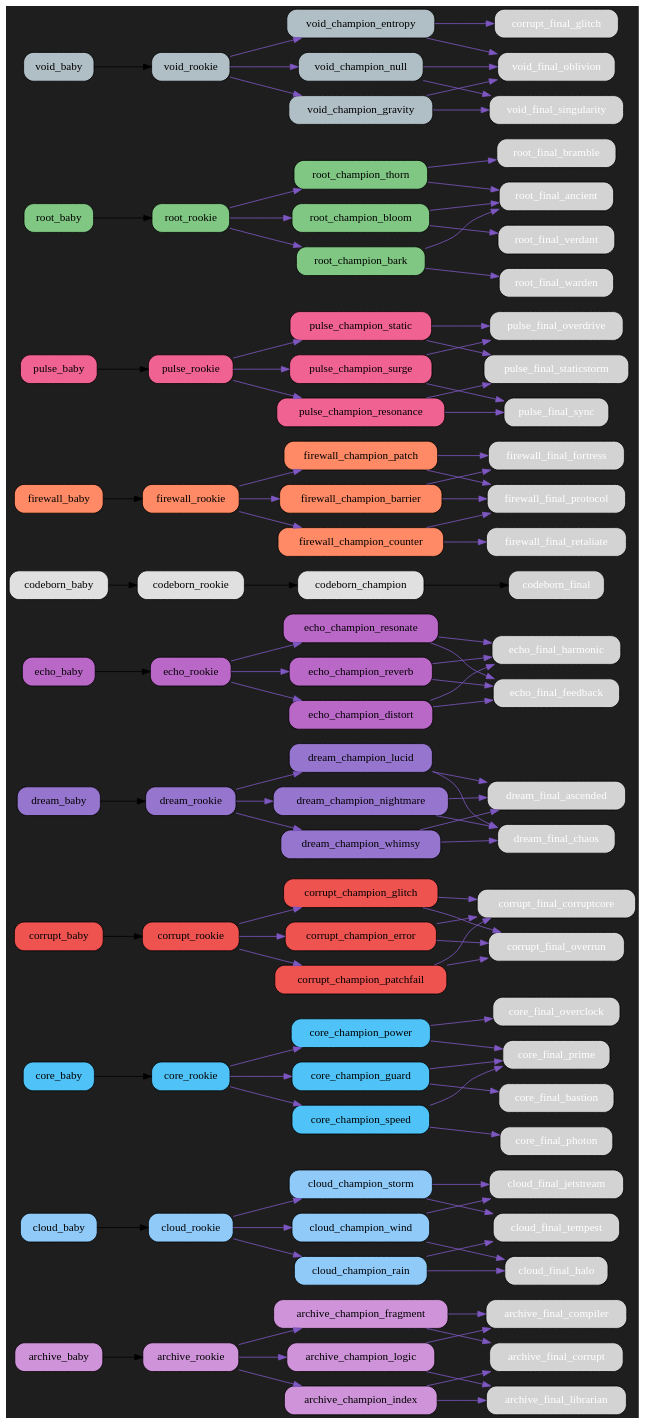
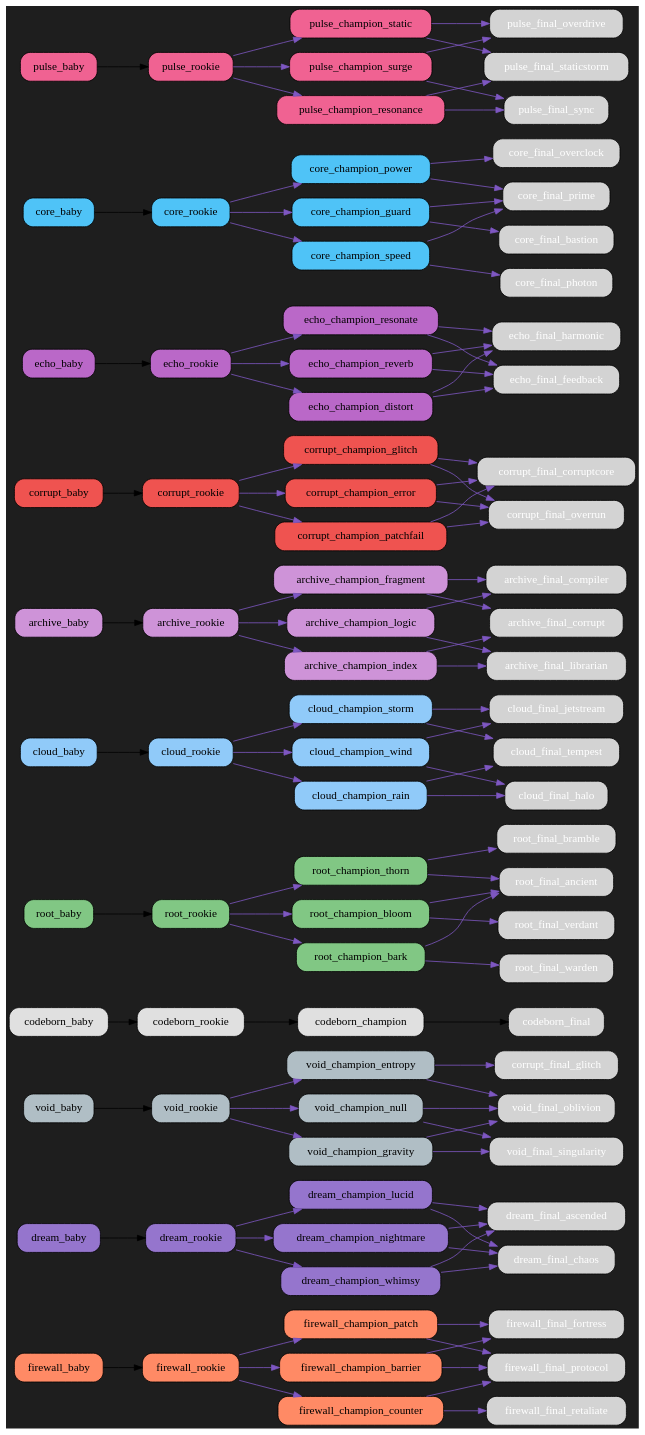
Before and after one commit to bwlight/NetGrid: the diagram in src/netgrid/core/systems/evolution/graphs/dark/evolution_graph_dark.dot, drawn with Graphviz. The commit also changed other lines of this file and 30 other files, not shown here.

Commit message:
Auto-update evolution graphs

```diff
--- a/src/netgrid/core/systems/evolution/graphs/dark/evolution_graph_dark.dot
+++ b/src/netgrid/core/systems/evolution/graphs/dark/evolution_graph_dark.dot
@@ -2,6 +2,87 @@
   rankdir=LR;
   bgcolor="#1e1e1e";
   node [shape=box, style="rounded,filled", fontcolor="white"];
+  "firewall_baby" [fillcolor="#ff8a65", fontcolor="black"];
+  "firewall_baby" -> "firewall_rookie";
+  "firewall_rookie" [fillcolor="#ff8a65", fontcolor="black"];
+  "firewall_rookie" -> "firewall_champion_barrier" [color="#7e57c2"];
+  "firewall_rookie" -> "firewall_champion_counter" [color="#7e57c2"];
+  "firewall_rookie" -> "firewall_champion_patch" [color="#7e57c2"];
+  "firewall_champion_barrier" [fillcolor="#ff8a65", fontcolor="black"];
+  "firewall_champion_barrier" -> "firewall_final_fortress" [color="#7e57c2"];
+  "firewall_champion_barrier" -> "firewall_final_protocol" [color="#7e57c2"];
+  "firewall_champion_counter" [fillcolor="#ff8a65", fontcolor="black"];
+  "firewall_champion_counter" -> "firewall_final_retaliate" [color="#7e57c2"];
+  "firewall_champion_counter" -> "firewall_final_protocol" [color="#7e57c2"];
+  "firewall_champion_patch" [fillcolor="#ff8a65", fontcolor="black"];
+  "firewall_champion_patch" -> "firewall_final_protocol" [color="#7e57c2"];
+  "firewall_champion_patch" -> "firewall_final_fortress" [color="#7e57c2"];
+  "dream_baby" [fillcolor="#9575cd", fontcolor="black"];
+  "dream_baby" -> "dream_rookie";
+  "dream_rookie" [fillcolor="#9575cd", fontcolor="black"];
+  "dream_rookie" -> "dream_champion_lucid" [color="#7e57c2"];
+  "dream_rookie" -> "dream_champion_nightmare" [color="#7e57c2"];
+  "dream_rookie" -> "dream_champion_whimsy" [color="#7e57c2"];
+  "dream_champion_lucid" [fillcolor="#9575cd", fontcolor="black"];
+  "dream_champion_lucid" -> "dream_final_ascended" [color="#7e57c2"];
+  "dream_champion_lucid" -> "dream_final_chaos" [color="#7e57c2"];
+  "dream_champion_nightmare" [fillcolor="#9575cd", fontcolor="black"];
+  "dream_champion_nightmare" -> "dream_final_chaos" [color="#7e57c2"];
+  "dream_champion_nightmare" -> "dream_final_ascended" [color="#7e57c2"];
+  "dream_champion_whimsy" [fillcolor="#9575cd", fontcolor="black"];
+  "dream_champion_whimsy" -> "dream_final_ascended" [color="#7e57c2"];
+  "dream_champion_whimsy" -> "dream_final_chaos" [color="#7e57c2"];
+  "void_baby" [fillcolor="#b0bec5", fontcolor="black"];
+  "void_baby" -> "void_rookie";
+  "void_rookie" [fillcolor="#b0bec5", fontcolor="black"];
+  "void_rookie" -> "void_champion_entropy" [color="#7e57c2"];
+  "void_rookie" -> "void_champion_gravity" [color="#7e57c2"];
+  "void_rookie" -> "void_champion_null" [color="#7e57c2"];
+  "void_champion_entropy" [fillcolor="#b0bec5", fontcolor="black"];
+  "void_champion_entropy" -> "corrupt_final_glitch" [color="#7e57c2"];
+  "void_champion_entropy" -> "void_final_oblivion" [color="#7e57c2"];
+  "void_champion_gravity" [fillcolor="#b0bec5", fontcolor="black"];
+  "void_champion_gravity" -> "void_final_singularity" [color="#7e57c2"];
+  "void_champion_gravity" -> "void_final_oblivion" [color="#7e57c2"];
+  "void_champion_null" [fillcolor="#b0bec5", fontcolor="black"];
+  "void_champion_null" -> "void_final_oblivion" [color="#7e57c2"];
+  "void_champion_null" -> "void_final_singularity" [color="#7e57c2"];
+  "codeborn_baby" [fillcolor="#e0e0e0", fontcolor="black"];
+  "codeborn_baby" -> "codeborn_rookie";
+  "codeborn_rookie" [fillcolor="#e0e0e0", fontcolor="black"];
+  "codeborn_rookie" -> "codeborn_champion";
+  "codeborn_champion" [fillcolor="#e0e0e0", fontcolor="black"];
+  "codeborn_champion" -> "codeborn_final";
+  "root_baby" [fillcolor="#81c784", fontcolor="black"];
+  "root_baby" -> "root_rookie";
+  "root_rookie" [fillcolor="#81c784", fontcolor="black"];
+  "root_rookie" -> "root_champion_thorn" [color="#7e57c2"];
+  "root_rookie" -> "root_champion_bloom" [color="#7e57c2"];
+  "root_rookie" -> "root_champion_bark" [color="#7e57c2"];
+  "root_champion_thorn" [fillcolor="#81c784", fontcolor="black"];
+  "root_champion_thorn" -> "root_final_bramble" [color="#7e57c2"];
+  "root_champion_thorn" -> "root_final_ancient" [color="#7e57c2"];
+  "root_champion_bloom" [fillcolor="#81c784", fontcolor="black"];
+  "root_champion_bloom" -> "root_final_ancient" [color="#7e57c2"];
+  "root_champion_bloom" -> "root_final_verdant" [color="#7e57c2"];
+  "root_champion_bark" [fillcolor="#81c784", fontcolor="black"];
+  "root_champion_bark" -> "root_final_warden" [color="#7e57c2"];
+  "root_champion_bark" -> "root_final_ancient" [color="#7e57c2"];
+  "cloud_baby" [fillcolor="#90caf9", fontcolor="black"];
+  "cloud_baby" -> "cloud_rookie";
+  "cloud_rookie" [fillcolor="#90caf9", fontcolor="black"];
+  "cloud_rookie" -> "cloud_champion_wind" [color="#7e57c2"];
+  "cloud_rookie" -> "cloud_champion_rain" [color="#7e57c2"];
+  "cloud_rookie" -> "cloud_champion_storm" [color="#7e57c2"];
+  "cloud_champion_wind" [fillcolor="#90caf9", fontcolor="black"];
+  "cloud_champion_wind" -> "cloud_final_jetstream" [color="#7e57c2"];
+  "cloud_champion_wind" -> "cloud_final_halo" [color="#7e57c2"];
+  "cloud_champion_rain" [fillcolor="#90caf9", fontcolor="black"];
+  "cloud_champion_rain" -> "cloud_final_halo" [color="#7e57c2"];
+  "cloud_champion_rain" -> "cloud_final_tempest" [color="#7e57c2"];
+  "cloud_champion_storm" [fillcolor="#90caf9", fontcolor="black"];
+  "cloud_champion_storm" -> "cloud_final_tempest" [color="#7e57c2"];
+  "cloud_champion_storm" -> "cloud_final_jetstream" [color="#7e57c2"];
   "archive_baby" [fillcolor="#ce93d8", fontcolor="black"];
   "archive_baby" -> "archive_rookie";
   "archive_rookie" [fillcolor="#ce93d8", fontcolor="black"];
@@ -17,21 +98,36 @@
   "archive_champion_fragment" [fillcolor="#ce93d8", fontcolor="black"];
   "archive_champion_fragment" -> "archive_final_corrupt" [color="#7e57c2"];
   "archive_champion_fragment" -> "archive_final_compiler" [color="#7e57c2"];
-  "cloud_baby" [fillcolor="#90caf9", fontcolor="black"];
-  "cloud_baby" -> "cloud_rookie";
-  "cloud_rookie" [fillcolor="#90caf9", fontcolor="black"];
-  "cloud_rookie" -> "cloud_champion_wind" [color="#7e57c2"];
-  "cloud_rookie" -> "cloud_champion_rain" [color="#7e57c2"];
-  "cloud_rookie" -> "cloud_champion_storm" [color="#7e57c2"];
-  "cloud_champion_wind" [fillcolor="#90caf9", fontcolor="black"];
-  "cloud_champion_wind" -> "cloud_final_jetstream" [color="#7e57c2"];
-  "cloud_champion_wind" -> "cloud_final_halo" [color="#7e57c2"];
-  "cloud_champion_rain" [fillcolor="#90caf9", fontcolor="black"];
-  "cloud_champion_rain" -> "cloud_final_halo" [color="#7e57c2"];
-  "cloud_champion_rain" -> "cloud_final_tempest" [color="#7e57c2"];
-  "cloud_champion_storm" [fillcolor="#90caf9", fontcolor="black"];
-  "cloud_champion_storm" -> "cloud_final_tempest" [color="#7e57c2"];
-  "cloud_champion_storm" -> "cloud_final_jetstream" [color="#7e57c2"];
+  "corrupt_baby" [fillcolor="#ef5350", fontcolor="black"];
+  "corrupt_baby" -> "corrupt_rookie";
+  "corrupt_rookie" [fillcolor="#ef5350", fontcolor="black"];
+  "corrupt_rookie" -> "corrupt_champion_glitch" [color="#7e57c2"];
+  "corrupt_rookie" -> "corrupt_champion_error" [color="#7e57c2"];
+  "corrupt_rookie" -> "corrupt_champion_patchfail" [color="#7e57c2"];
+  "corrupt_champion_glitch" [fillcolor="#ef5350", fontcolor="black"];
+  "corrupt_champion_glitch" -> "corrupt_final_corruptcore" [color="#7e57c2"];
+  "corrupt_champion_glitch" -> "corrupt_final_overrun" [color="#7e57c2"];
+  "corrupt_champion_error" [fillcolor="#ef5350", fontcolor="black"];
+  "corrupt_champion_error" -> "corrupt_final_overrun" [color="#7e57c2"];
+  "corrupt_champion_error" -> "corrupt_final_corruptcore" [color="#7e57c2"];
+  "corrupt_champion_patchfail" [fillcolor="#ef5350", fontcolor="black"];
+  "corrupt_champion_patchfail" -> "corrupt_final_corruptcore" [color="#7e57c2"];
+  "corrupt_champion_patchfail" -> "corrupt_final_overrun" [color="#7e57c2"];
+  "echo_baby" [fillcolor="#ba68c8", fontcolor="black"];
+  "echo_baby" -> "echo_rookie";
+  "echo_rookie" [fillcolor="#ba68c8", fontcolor="black"];
+  "echo_rookie" -> "echo_champion_resonate" [color="#7e57c2"];
+  "echo_rookie" -> "echo_champion_reverb" [color="#7e57c2"];
+  "echo_rookie" -> "echo_champion_distort" [color="#7e57c2"];
+  "echo_champion_resonate" [fillcolor="#ba68c8", fontcolor="black"];
+  "echo_champion_resonate" -> "echo_final_harmonic" [color="#7e57c2"];
+  "echo_champion_resonate" -> "echo_final_feedback" [color="#7e57c2"];
+  "echo_champion_reverb" [fillcolor="#ba68c8", fontcolor="black"];
+  "echo_champion_reverb" -> "echo_final_feedback" [color="#7e57c2"];
+  "echo_champion_reverb" -> "echo_final_harmonic" [color="#7e57c2"];
+  "echo_champion_distort" [fillcolor="#ba68c8", fontcolor="black"];
+  "echo_champion_distort" -> "echo_final_feedback" [color="#7e57c2"];
+  "echo_champion_distort" -> "echo_final_harmonic" [color="#7e57c2"];
   "core_baby" [fillcolor="#4fc3f7", fontcolor="black"];
   "core_baby" -> "core_rookie";
   "core_rookie" [fillcolor="#4fc3f7", fontcolor="black"];
@@ -47,72 +143,6 @@
   "core_champion_speed" [fillcolor="#4fc3f7", fontcolor="black"];
   "core_champion_speed" -> "core_final_photon" [color="#7e57c2"];
   "core_champion_speed" -> "core_final_prime" [color="#7e57c2"];
-  "corrupt_baby" [fillcolor="#ef5350", fontcolor="black"];
-  "corrupt_baby" -> "corrupt_rookie";
-  "corrupt_rookie" [fillcolor="#ef5350", fontcolor="black"];
-  "corrupt_rookie" -> "corrupt_champion_glitch" [color="#7e57c2"];
-  "corrupt_rookie" -> "corrupt_champion_error" [color="#7e57c2"];
-  "corrupt_rookie" -> "corrupt_champion_patchfail" [color="#7e57c2"];
-  "corrupt_champion_glitch" [fillcolor="#ef5350", fontcolor="black"];
-  "corrupt_champion_glitch" -> "corrupt_final_corruptcore" [color="#7e57c2"];
-  "corrupt_champion_glitch" -> "corrupt_final_overrun" [color="#7e57c2"];
-  "corrupt_champion_error" [fillcolor="#ef5350", fontcolor="black"];
-  "corrupt_champion_error" -> "corrupt_final_overrun" [color="#7e57c2"];
-  "corrupt_champion_error" -> "corrupt_final_corruptcore" [color="#7e57c2"];
-  "corrupt_champion_patchfail" [fillcolor="#ef5350", fontcolor="black"];
-  "corrupt_champion_patchfail" -> "corrupt_final_corruptcore" [color="#7e57c2"];
-  "corrupt_champion_patchfail" -> "corrupt_final_overrun" [color="#7e57c2"];
-  "dream_baby" [fillcolor="#9575cd", fontcolor="black"];
-  "dream_baby" -> "dream_rookie";
-  "dream_rookie" [fillcolor="#9575cd", fontcolor="black"];
-  "dream_rookie" -> "dream_champion_lucid" [color="#7e57c2"];
-  "dream_rookie" -> "dream_champion_nightmare" [color="#7e57c2"];
-  "dream_rookie" -> "dream_champion_whimsy" [color="#7e57c2"];
-  "dream_champion_lucid" [fillcolor="#9575cd", fontcolor="black"];
-  "dream_champion_lucid" -> "dream_final_ascended" [color="#7e57c2"];
-  "dream_champion_lucid" -> "dream_final_chaos" [color="#7e57c2"];
-  "dream_champion_nightmare" [fillcolor="#9575cd", fontcolor="black"];
-  "dream_champion_nightmare" -> "dream_final_chaos" [color="#7e57c2"];
-  "dream_champion_nightmare" -> "dream_final_ascended" [color="#7e57c2"];
-  "dream_champion_whimsy" [fillcolor="#9575cd", fontcolor="black"];
-  "dream_champion_whimsy" -> "dream_final_ascended" [color="#7e57c2"];
-  "dream_champion_whimsy" -> "dream_final_chaos" [color="#7e57c2"];
-  "echo_baby" [fillcolor="#ba68c8", fontcolor="black"];
-  "echo_baby" -> "echo_rookie";
-  "echo_rookie" [fillcolor="#ba68c8", fontcolor="black"];
-  "echo_rookie" -> "echo_champion_resonate" [color="#7e57c2"];
-  "echo_rookie" -> "echo_champion_reverb" [color="#7e57c2"];
-  "echo_rookie" -> "echo_champion_distort" [color="#7e57c2"];
-  "echo_champion_resonate" [fillcolor="#ba68c8", fontcolor="black"];
-  "echo_champion_resonate" -> "echo_final_harmonic" [color="#7e57c2"];
-  "echo_champion_resonate" -> "echo_final_feedback" [color="#7e57c2"];
-  "echo_champion_reverb" [fillcolor="#ba68c8", fontcolor="black"];
-  "echo_champion_reverb" -> "echo_final_feedback" [color="#7e57c2"];
-  "echo_champion_reverb" -> "echo_final_harmonic" [color="#7e57c2"];
-  "echo_champion_distort" [fillcolor="#ba68c8", fontcolor="black"];
-  "echo_champion_distort" -> "echo_final_feedback" [color="#7e57c2"];
-  "echo_champion_distort" -> "echo_final_harmonic" [color="#7e57c2"];
-  "codeborn_baby" [fillcolor="#e0e0e0", fontcolor="black"];
-  "codeborn_baby" -> "codeborn_rookie";
-  "codeborn_rookie" [fillcolor="#e0e0e0", fontcolor="black"];
-  "codeborn_rookie" -> "codeborn_champion";
-  "codeborn_champion" [fillcolor="#e0e0e0", fontcolor="black"];
-  "codeborn_champion" -> "codeborn_final";
-  "firewall_baby" [fillcolor="#ff8a65", fontcolor="black"];
-  "firewall_baby" -> "firewall_rookie";
-  "firewall_rookie" [fillcolor="#ff8a65", fontcolor="black"];
-  "firewall_rookie" -> "firewall_champion_barrier" [color="#7e57c2"];
-  "firewall_rookie" -> "firewall_champion_counter" [color="#7e57c2"];
-  "firewall_rookie" -> "firewall_champion_patch" [color="#7e57c2"];
-  "firewall_champion_barrier" [fillcolor="#ff8a65", fontcolor="black"];
-  "firewall_champion_barrier" -> "firewall_final_fortress" [color="#7e57c2"];
-  "firewall_champion_barrier" -> "firewall_final_protocol" [color="#7e57c2"];
-  "firewall_champion_counter" [fillcolor="#ff8a65", fontcolor="black"];
-  "firewall_champion_counter" -> "firewall_final_retaliate" [color="#7e57c2"];
-  "firewall_champion_counter" -> "firewall_final_protocol" [color="#7e57c2"];
-  "firewall_champion_patch" [fillcolor="#ff8a65", fontcolor="black"];
-  "firewall_champion_patch" -> "firewall_final_protocol" [color="#7e57c2"];
-  "firewall_champion_patch" -> "firewall_final_fortress" [color="#7e57c2"];
   "pulse_baby" [fillcolor="#f06292", fontcolor="black"];
   "pulse_baby" -> "pulse_rookie";
   "pulse_rookie" [fillcolor="#f06292", fontcolor="black"];
@@ -128,34 +158,4 @@
   "pulse_champion_static" [fillcolor="#f06292", fontcolor="black"];
   "pulse_champion_static" -> "pulse_final_staticstorm" [color="#7e57c2"];
   "pulse_champion_static" -> "pulse_final_overdrive" [color="#7e57c2"];
-  "root_baby" [fillcolor="#81c784", fontcolor="black"];
-  "root_baby" -> "root_rookie";
-  "root_rookie" [fillcolor="#81c784", fontcolor="black"];
-  "root_rookie" -> "root_champion_thorn" [color="#7e57c2"];
-  "root_rookie" -> "root_champion_bloom" [color="#7e57c2"];
-  "root_rookie" -> "root_champion_bark" [color="#7e57c2"];
-  "root_champion_thorn" [fillcolor="#81c784", fontcolor="black"];
-  "root_champion_thorn" -> "root_final_bramble" [color="#7e57c2"];
-  "root_champion_thorn" -> "root_final_ancient" [color="#7e57c2"];
-  "root_champion_bloom" [fillcolor="#81c784", fontcolor="black"];
-  "root_champion_bloom" -> "root_final_ancient" [color="#7e57c2"];
-  "root_champion_bloom" -> "root_final_verdant" [color="#7e57c2"];
-  "root_champion_bark" [fillcolor="#81c784", fontcolor="black"];
-  "root_champion_bark" -> "root_final_warden" [color="#7e57c2"];
-  "root_champion_bark" -> "root_final_ancient" [color="#7e57c2"];
-  "void_baby" [fillcolor="#b0bec5", fontcolor="black"];
-  "void_baby" -> "void_rookie";
-  "void_rookie" [fillcolor="#b0bec5", fontcolor="black"];
-  "void_rookie" -> "void_champion_entropy" [color="#7e57c2"];
-  "void_rookie" -> "void_champion_gravity" [color="#7e57c2"];
-  "void_rookie" -> "void_champion_null" [color="#7e57c2"];
-  "void_champion_entropy" [fillcolor="#b0bec5", fontcolor="black"];
-  "void_champion_entropy" -> "corrupt_final_glitch" [color="#7e57c2"];
-  "void_champion_entropy" -> "void_final_oblivion" [color="#7e57c2"];
-  "void_champion_gravity" [fillcolor="#b0bec5", fontcolor="black"];
-  "void_champion_gravity" -> "void_final_singularity" [color="#7e57c2"];
-  "void_champion_gravity" -> "void_final_oblivion" [color="#7e57c2"];
-  "void_champion_null" [fillcolor="#b0bec5", fontcolor="black"];
-  "void_champion_null" -> "void_final_oblivion" [color="#7e57c2"];
-  "void_champion_null" -> "void_final_singularity" [color="#7e57c2"];
 }
```
